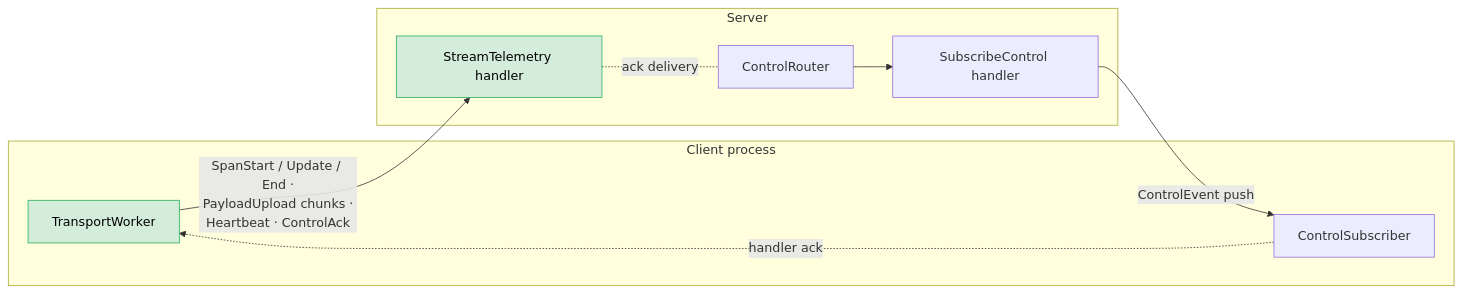
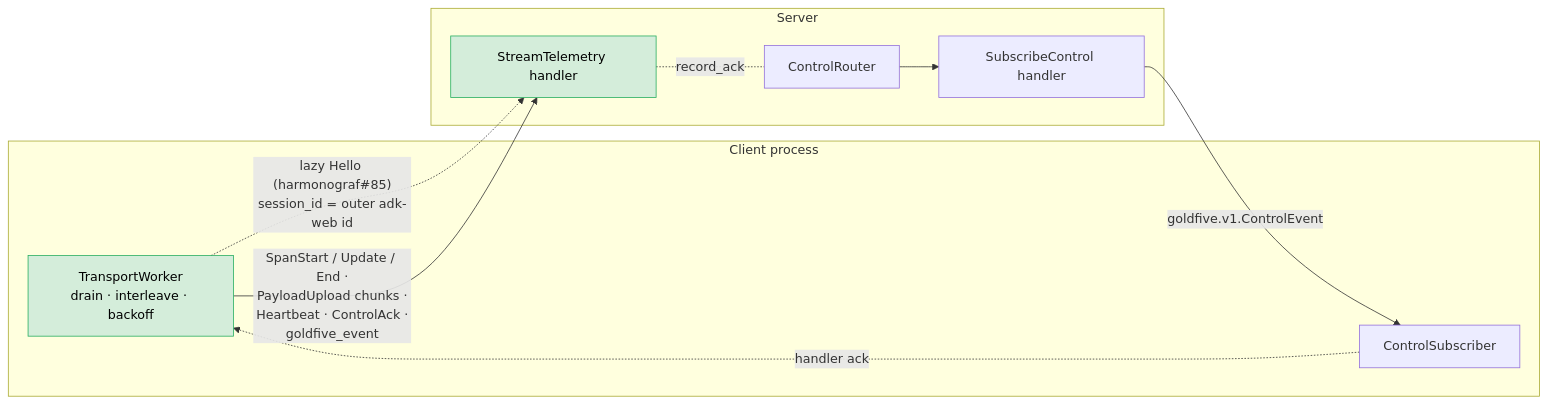
The second of 5 diagrams in docs/design/14-information-flow.md (pedapudi/harmonograf), drawn with Mermaid before and after one commit. The commit also changed other lines of this file and 22 other files, not shown here.

First line of the commit message:
docs(design,protocol,adr,internals): refresh for current architecture

````diff
--- a/docs/design/14-information-flow.md
+++ b/docs/design/14-information-flow.md
@@ -44,20 +53,21 @@
 ```mermaid
 flowchart LR
     subgraph Client["Client process"]
-      W[TransportWorker]
+      W[TransportWorker<br/>drain · interleave · backoff]
       Sub[ControlSubscriber]
     end
     subgraph Srv["Server"]
       Tel[StreamTelemetry handler]
       SC[SubscribeControl handler]
       CR[ControlRouter]
     end
-    W -- "SpanStart / Update / End ·<br/>PayloadUpload chunks ·<br/>Heartbeat · ControlAck" --> Tel
-    SC -- "ControlEvent push" --> Sub
+    W -. "lazy Hello (harmonograf#85)<br/>session_id = outer adk-web id" .-> Tel
+    W -- "SpanStart / Update / End ·<br/>PayloadUpload chunks ·<br/>Heartbeat · ControlAck ·<br/>goldfive_event" --> Tel
+    SC -- "goldfive.v1.ControlEvent" --> Sub
     Sub -. handler ack .-> W
-    Tel -. ack delivery .- CR
+    Tel -. "record_ack" .- CR
     CR --> SC
 
     classDef good fill:#d4edda,stroke:#27ae60,color:#000
     class W,Tel good
 ```
````
